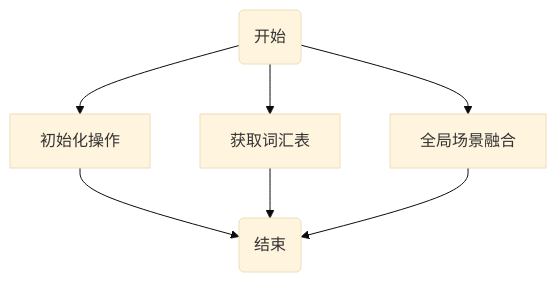
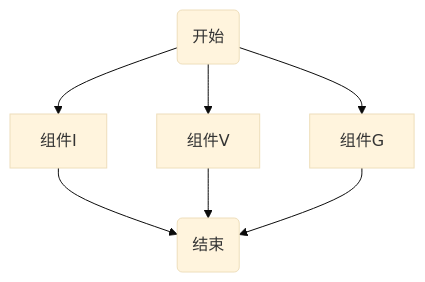
Before and after one commit to tenderne13/hello-easy-flow-bpmn: the seventh of 10 diagrams in README.md, drawn with Mermaid (base theme). The commit also changed other lines of this file and 3 other files, not shown here.

````diff
--- a/README.md
+++ b/README.md
@@ -186,9 +186,9 @@
 ```mermaid
 graph TB
-    Start(开始) --> A[初始化操作]
-    Start --> B[获取词汇表]
-    Start --> C[全局场景融合]
+    Start(开始) --> A[组件I]
+    Start --> B[组件V]
+    Start --> C[组件G]
     A --> End(结束)
     B --> End
     C --> End
 ```
````
